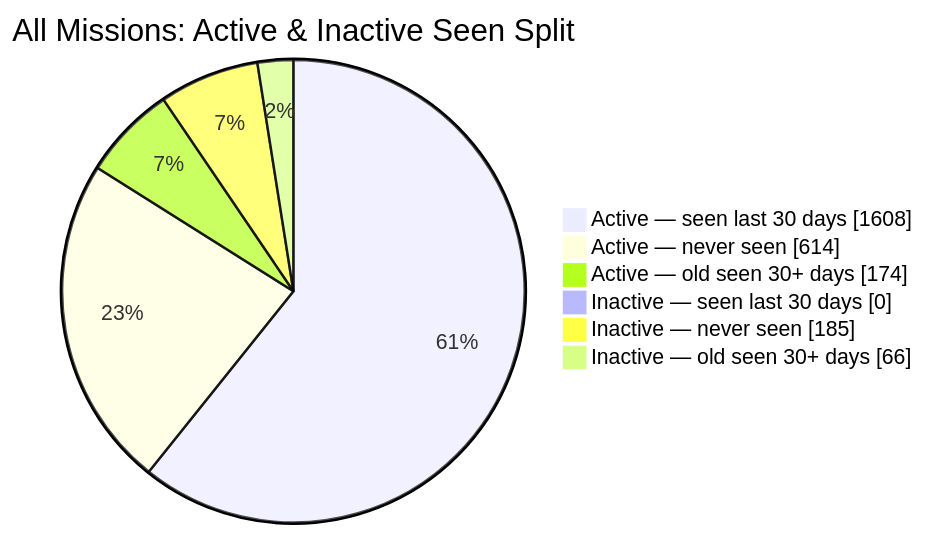
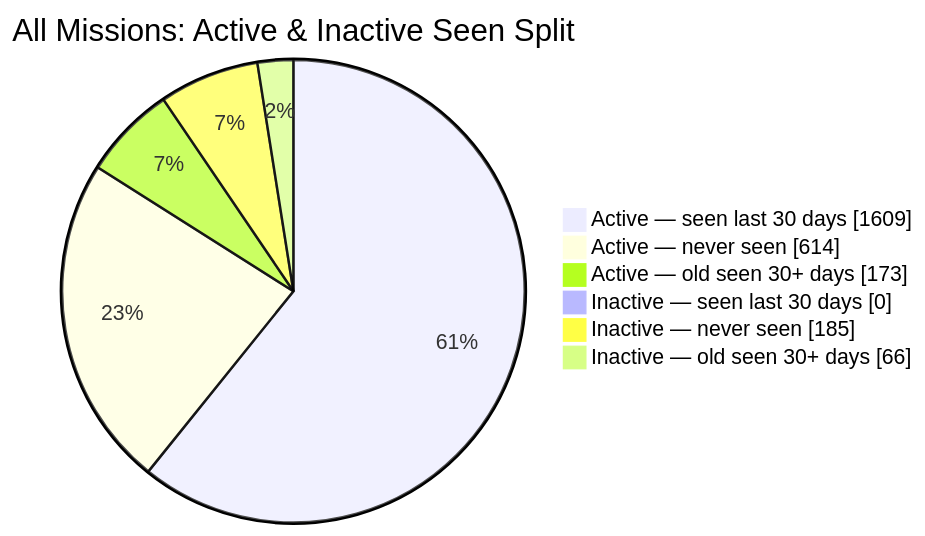
One commit to MeldkamerspelGameTeam/active-missions changed the second of 2 diagrams in README.md. Above: the diagram before and after it, drawn with Mermaid. The commit also changed other lines of this file and 2 other files, not shown here.

````diff
--- a/README.md
+++ b/README.md
@@ -44,10 +44,10 @@
 ```mermaid
 pie showData
     title All Missions: Active & Inactive Seen Split
-    "Active — seen last 30 days" : 1608
+    "Active — seen last 30 days" : 1609
     "Active — never seen" : 614
-    "Active — old seen 30+ days" : 174
+    "Active — old seen 30+ days" : 173
     "Inactive — seen last 30 days" : 0
     "Inactive — never seen" : 185
     "Inactive — old seen 30+ days" : 66
 ```
````
